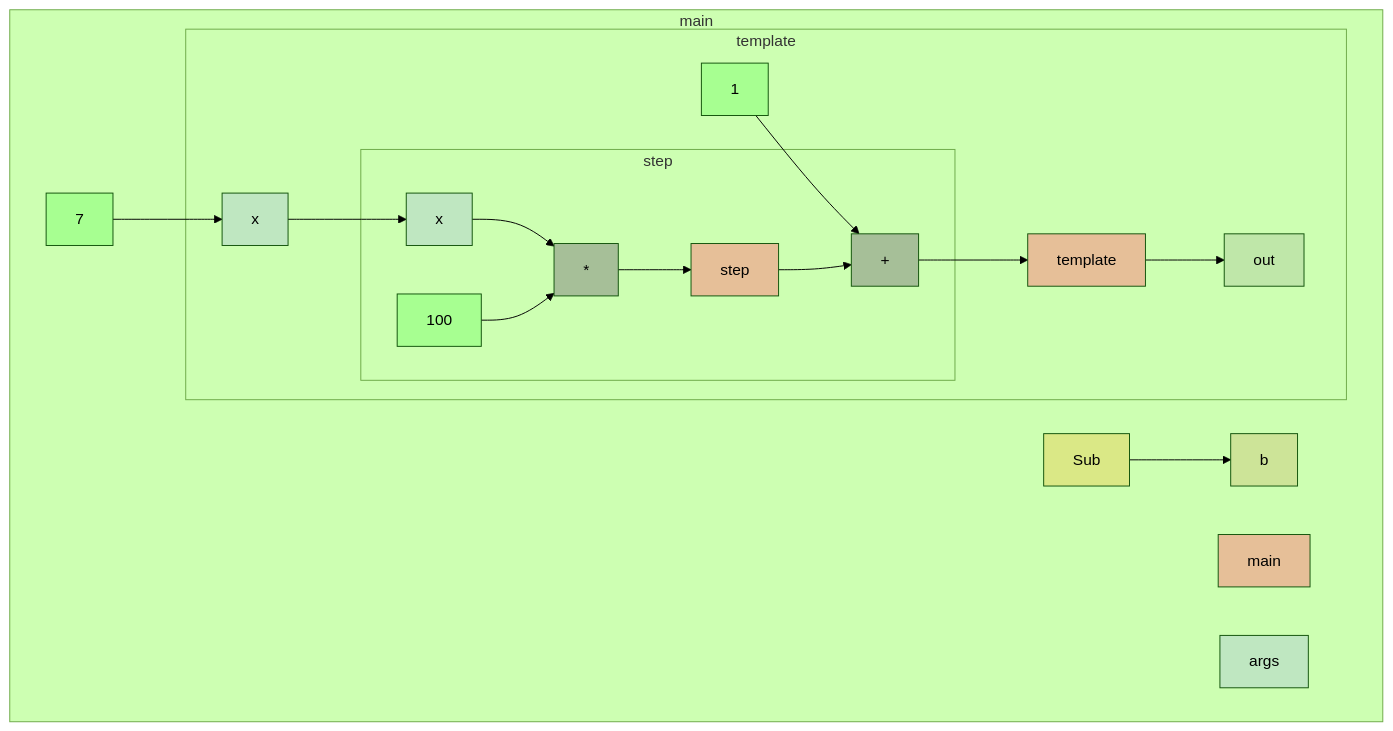
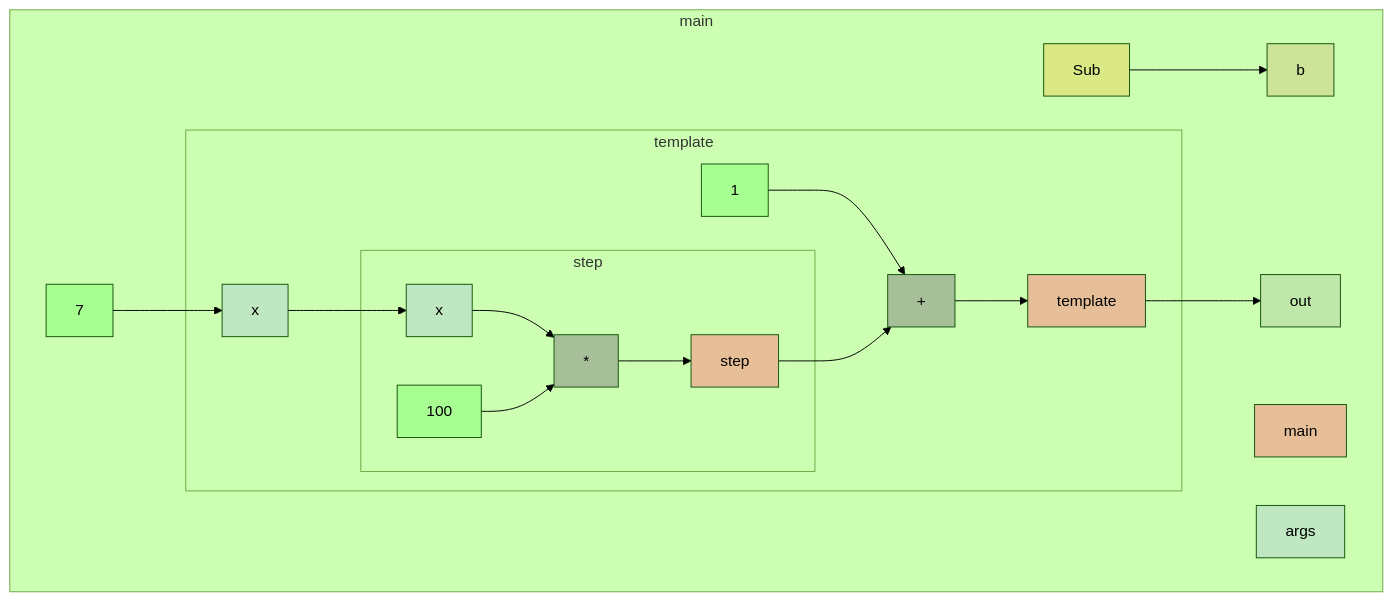
Before and after one commit to gstiebler/codeflow: the diagram in app/src/test/resources/templateMethod/truth.md, drawn with Mermaid (forest theme). The commit also changed 34 other files, not shown here.

````diff
--- a/app/src/test/resources/templateMethod/truth.md
+++ b/app/src/test/resources/templateMethod/truth.md
@@ -1,40 +1,40 @@
 ```mermaid
 flowchart TD
   subgraph b0["main"]
     n1[main]:::RETURN
     n2[args]:::FUNC_PARAM
     n3[Sub]:::EXTERNAL
     n4[b]:::OBJ_VARIABLE
     n5[7]:::LITERAL
     n16[out]:::VARIABLE
     n3[Sub]:::EXTERNAL --> n4[b]:::OBJ_VARIABLE
     n5[7]:::LITERAL --> n8[x]:::FUNC_PARAM
+    n7[template]:::RETURN --> n16[out]:::VARIABLE
     subgraph b6["template"]
       n7[template]:::RETURN
       n8[x]:::FUNC_PARAM
       n14[1]:::LITERAL
       n15[+]:::BIN_OP
-      n7[template]:::RETURN --> n16[out]:::VARIABLE
       n8[x]:::FUNC_PARAM --> n11[x]:::FUNC_PARAM
       n14[1]:::LITERAL --> n15[+]:::BIN_OP
       n15[+]:::BIN_OP --> n7[template]:::RETURN
+      n10[step]:::RETURN --> n15[+]:::BIN_OP
       subgraph b9["step"]
         n10[step]:::RETURN
         n11[x]:::FUNC_PARAM
         n12[100]:::LITERAL
         n13[*]:::BIN_OP
-        n10[step]:::RETURN --> n15[+]:::BIN_OP
         n11[x]:::FUNC_PARAM --> n13[*]:::BIN_OP
         n12[100]:::LITERAL --> n13[*]:::BIN_OP
         n13[*]:::BIN_OP --> n10[step]:::RETURN
       end
     end
   end
   classDef LITERAL fill:#00FF0030
   classDef VARIABLE fill:#80808030
   classDef BIN_OP fill:#80808080
   classDef FUNC_PARAM fill:#8080FF30
   classDef RETURN fill:#FF808080
   classDef EXTERNAL fill:#FFA50040
   classDef UNMODELLED fill:#FF000030,stroke-dasharray: 4 2
 ```
````
